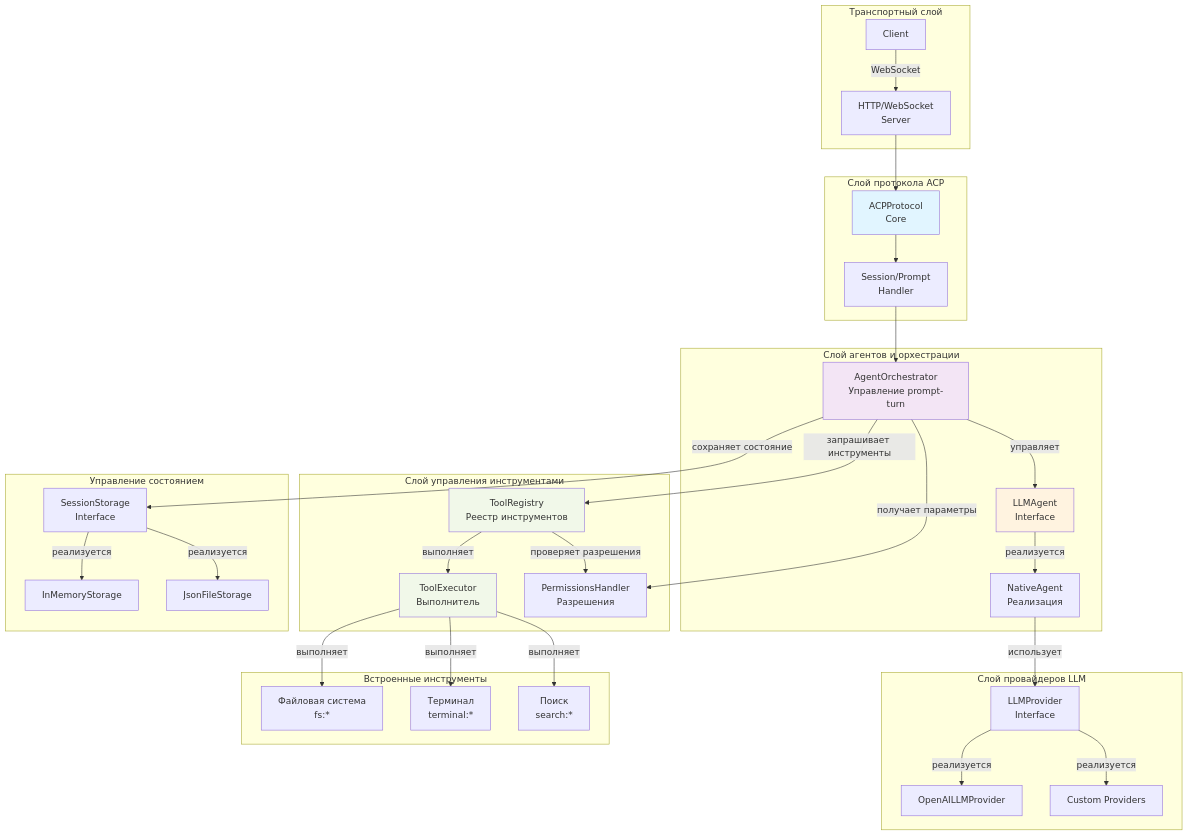
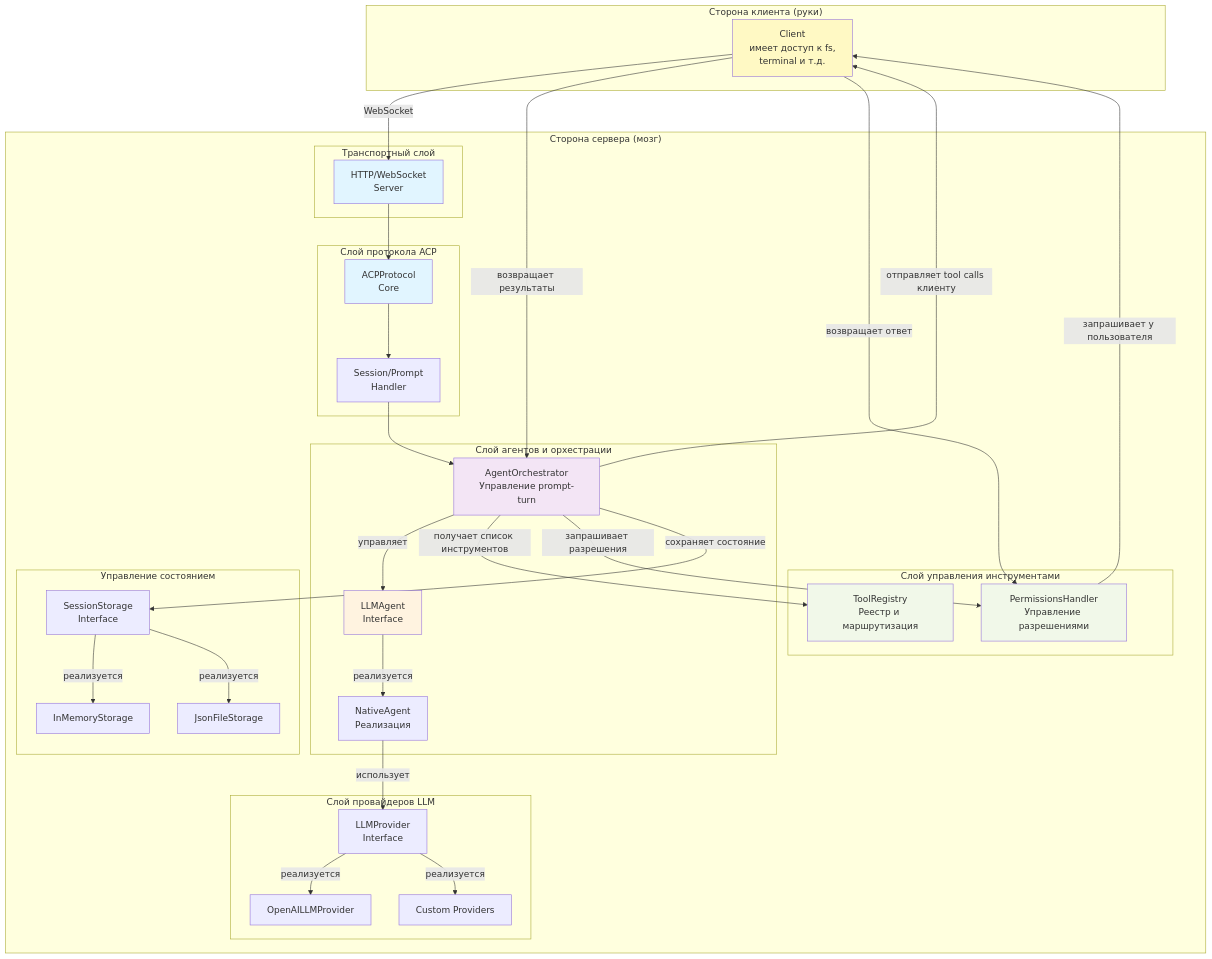
Before and after one commit to pese-git/acp-workspace: the second of 2 diagrams in doc/LLM_AGENT_INTEGRATION_SPEC.md, drawn with Mermaid. The commit also changed other lines of this file and 1 other file, not shown here.

First line of the commit message:
архитектура: переработана интеграция LLM-агента с двумя эпохами разработки

````diff
--- a/doc/LLM_AGENT_INTEGRATION_SPEC.md
+++ b/doc/LLM_AGENT_INTEGRATION_SPEC.md
@@ -298,73 +403,71 @@
 ```mermaid
 graph TB
-    subgraph Transport["Транспортный слой"]
-        HTTP["HTTP/WebSocket<br/>Server"]
-        CLIENT["Client"]
+    subgraph ClientSide["Сторона клиента (руки)"]
+        CLIENT["Client<br/>имеет доступ к fs,<br/>terminal и т.д."]
     end
     
-    subgraph Protocol["Слой протокола ACP"]
-        ACPCORE["ACPProtocol<br/>Core"]
-        PROMPTS["Session/Prompt<br/>Handler"]
-    end
-    
-    subgraph Agent["Слой агентов и орхестрации"]
-        ORCH["AgentOrchestrator<br/>Управление prompt-turn"]
-        LLMAGENT["LLMAgent<br/>Interface"]
-        NATIVEAGENT["NativeAgent<br/>Реализация"]
-    end
-    
-    subgraph LLM["Слой провайдеров LLM"]
-        PROVIDER["LLMProvider<br/>Interface"]
-        OPENAI["OpenAILLMProvider"]
-        CUSTOM["Custom Providers"]
-    end
-    
-    subgraph Tools["Слой управления инструментами"]
-        REGISTRY["ToolRegistry<br/>Реестр инструментов"]
-        EXECUTOR["ToolExecutor<br/>Выполнитель"]
-        PERMS["PermissionsHandler<br/>Разрешения"]
-    end
-    
-    subgraph Implementations["Встроенные инструменты"]
-        FS["Файловая система<br/>fs:*"]
-        TERM["Терминал<br/>terminal:*"]
-        SEARCH["Поиск<br/>search:*"]
-    end
-    
-    subgraph State["Управление состоянием"]
-        SESSION["SessionStorage<br/>Interface"]
-        MEMORY["InMemoryStorage"]
-        JSON["JsonFileStorage"]
+    subgraph ServerSide["Сторона сервера (мозг)"]
+        subgraph Transport["Транспортный слой"]
+            HTTP["HTTP/WebSocket<br/>Server"]
+        end
+        
+        subgraph Protocol["Слой протокола ACP"]
+            ACPCORE["ACPProtocol<br/>Core"]
+            PROMPTS["Session/Prompt<br/>Handler"]
+        end
+        
+        subgraph Agent["Слой агентов и орхестрации"]
+            ORCH["AgentOrchestrator<br/>Управление prompt-turn"]
+            LLMAGENT["LLMAgent<br/>Interface"]
+            NATIVEAGENT["NativeAgent<br/>Реализация"]
+        end
+        
+        subgraph LLM["Слой провайдеров LLM"]
+            PROVIDER["LLMProvider<br/>Interface"]
+            OPENAI["OpenAILLMProvider"]
+            CUSTOM["Custom Providers"]
+        end
+        
+        subgraph Tools["Слой управления инструментами"]
+            REGISTRY["ToolRegistry<br/>Реестр и маршрутизация"]
+            PERMS["PermissionsHandler<br/>Управление разрешениями"]
+        end
+        
+        subgraph State["Управление состоянием"]
+            SESSION["SessionStorage<br/>Interface"]
+            MEMORY["InMemoryStorage"]
+            JSON["JsonFileStorage"]
+        end
     end
     
     CLIENT -->|WebSocket| HTTP
     HTTP --> ACPCORE
     ACPCORE --> PROMPTS
     PROMPTS --> ORCH
     
     ORCH -->|управляет| LLMAGENT
     LLMAGENT -->|реализуется| NATIVEAGENT
     NATIVEAGENT -->|использует| PROVIDER
     PROVIDER -->|реализуется| OPENAI
     PROVIDER -->|реализуется| CUSTOM
     
-    ORCH -->|запрашивает инструменты| REGISTRY
-    REGISTRY -->|выполняет| EXECUTOR
-    REGISTRY -->|проверяет разрешения| PERMS
+    ORCH -->|получает список инструментов| REGISTRY
+    ORCH -->|отправляет tool calls клиенту| CLIENT
+    CLIENT -->|возвращает результаты| ORCH
     
-    EXECUTOR -->|выполняет| FS
-    EXECUTOR -->|выполняет| TERM
-    EXECUTOR -->|выполняет| SEARCH
+    ORCH -->|запрашивает разрешения| PERMS
+    PERMS -->|запрашивает у пользователя| CLIENT
+    CLIENT -->|возвращает ответ| PERMS
     
     ORCH -->|сохраняет состояние| SESSION
     SESSION -->|реализуется| MEMORY
     SESSION -->|реализуется| JSON
     
-    ORCH -->|получает параметры| PERMS
-    
     style ACPCORE fill:#e1f5ff
     style ORCH fill:#f3e5f5
     style LLMAGENT fill:#fff3e0
     style REGISTRY fill:#f1f8e9
-    style EXECUTOR fill:#f1f8e9
+    style PERMS fill:#f1f8e9
+    style CLIENT fill:#fff9c4
+    style HTTP fill:#e1f5ff
 ```
````
